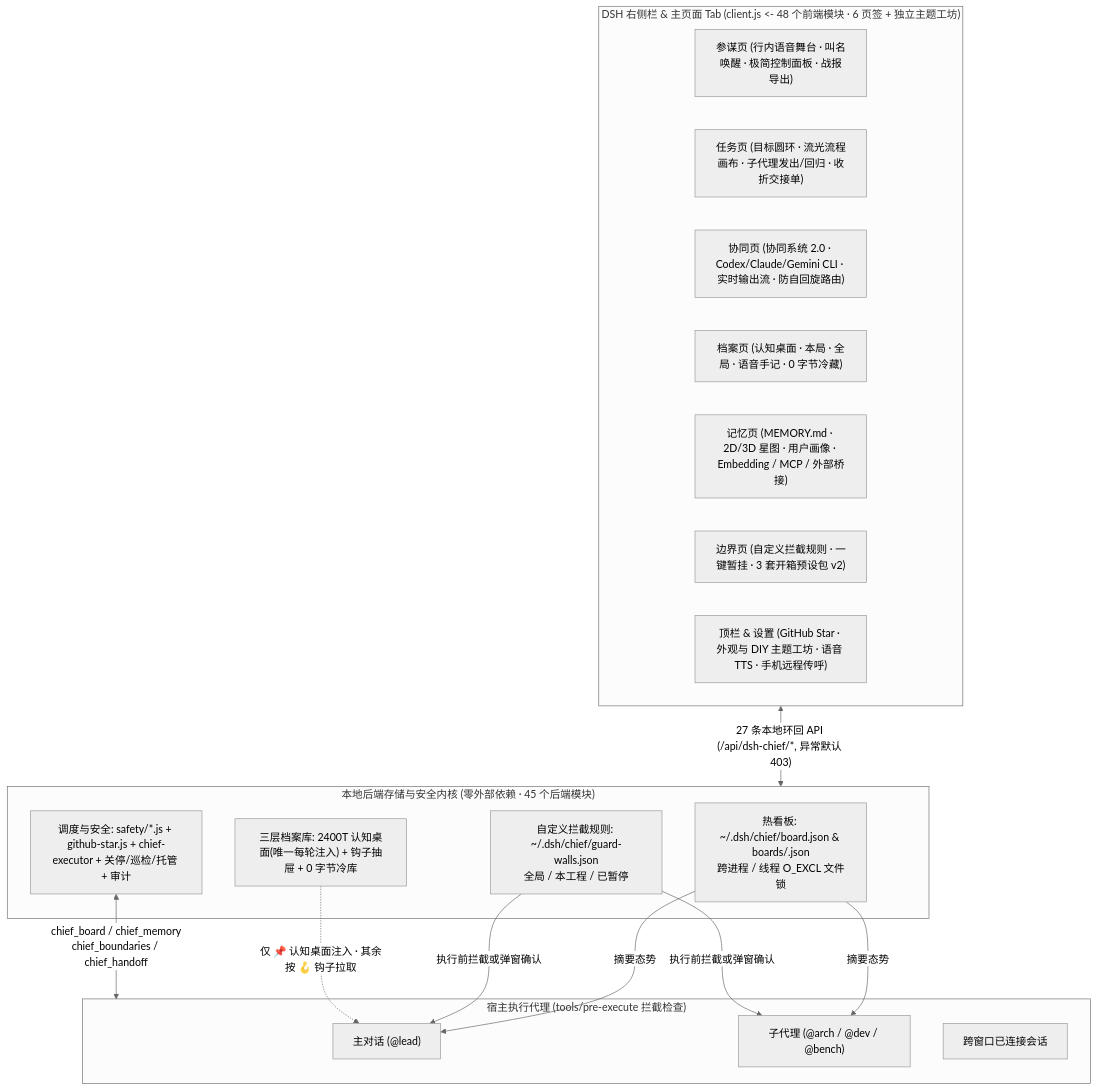
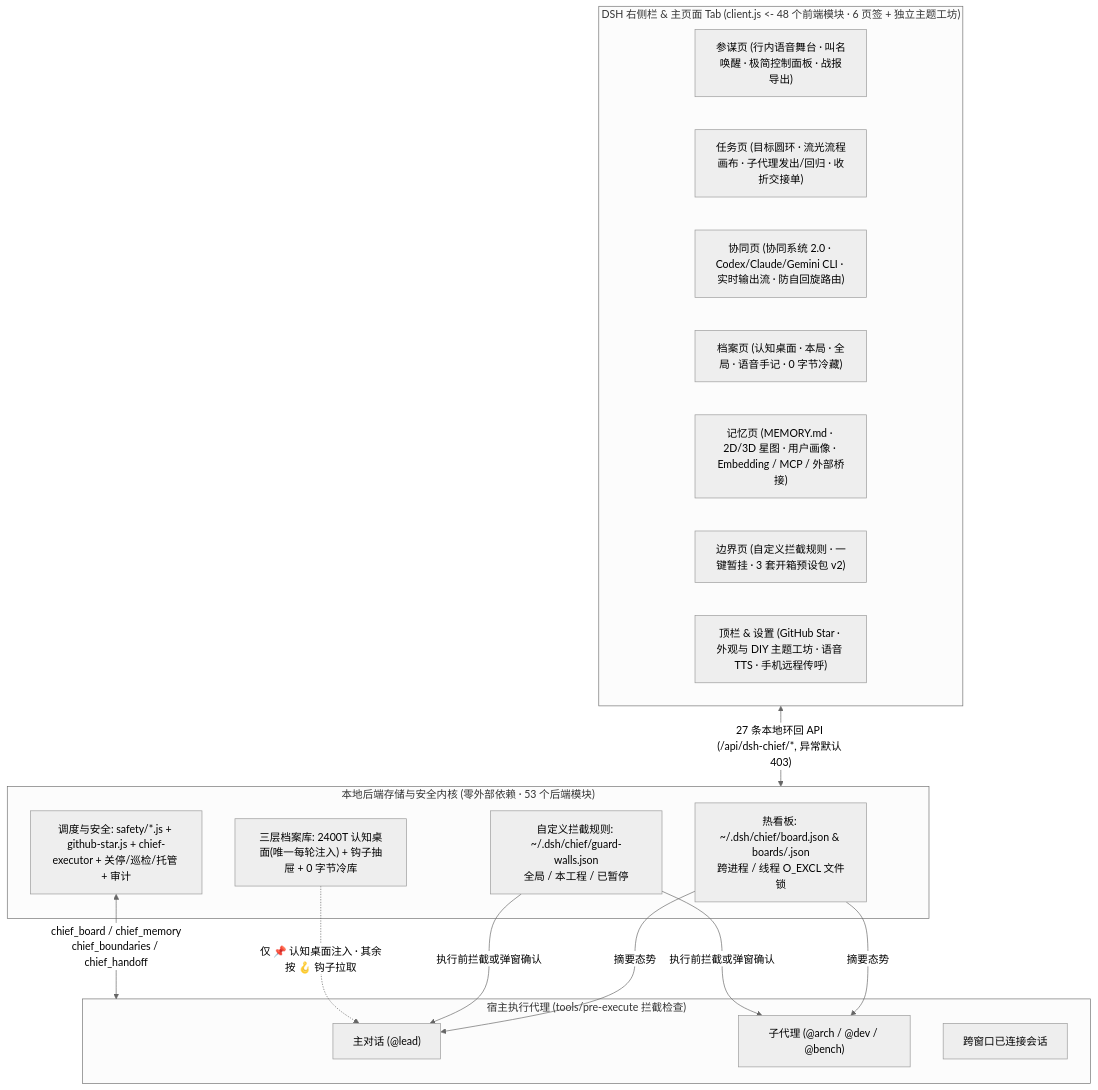
Before and after one commit to gluztm/dsh-chief: the third of 3 diagrams in README.md, drawn with Mermaid (neutral theme). The commit also changed other lines of this file and 17 other files, not shown here.

````diff
--- a/README.md
+++ b/README.md
@@ -400,33 +417,33 @@
 ```mermaid
 flowchart TB
   subgraph UI["DSH 右侧栏 & 主页面 Tab (client.js <- 48 个前端模块 · 6 页签 + 独立主题工坊)"]
     T1["参谋页 (行内语音舞台 · 叫名唤醒 · 极简控制面板 · 战报导出)"]
     T2["任务页 (目标圆环 · 流光流程画布 · 子代理发出/回归 · 收折交接单)"]
     T3["协同页 (协同系统 2.0 · Codex/Claude/Gemini CLI · 实时输出流 · 防自回旋路由)"]
     T5["档案页 (认知桌面 · 本局 · 全局 · 语音手记 · 0 字节冷藏)"]
     T6["记忆页 (MEMORY.md · 2D/3D 星图 · 用户画像 · Embedding / MCP / 外部桥接)"]
     T7["边界页 (自定义拦截规则 · 一键暂挂 · 3 套开箱预设包 v2)"]
     T8["顶栏 & 设置 (GitHub Star · 外观与 DIY 主题工坊 · 语音 TTS · 手机远程传呼)"]
   end
 
-  subgraph Core["本地后端存储与安全内核 (零外部依赖 · 45 个后端模块)"]
+  subgraph Core["本地后端存储与安全内核 (零外部依赖 · 53 个后端模块)"]
     Hot["热看板: ~/.dsh/chief/board.json & boards/<sid>.json\n跨进程 / 线程 O_EXCL 文件锁"]
     Walls["自定义拦截规则: ~/.dsh/chief/guard-walls.json\n全局 / 本工程 / 已暂停"]
     Cold["三层档案库: 2400T 认知桌面(唯一每轮注入) + 钩子抽屉 + 0 字节冷库"]
     Bus["调度与安全: safety/*.js + github-star.js + chief-executor + 关停/巡检/托管 + 审计"]
   end
 
   subgraph Agents["宿主执行代理 (tools/pre-execute 拦截检查)"]
     Lead["主对话 (@lead)"]
     Subs["子代理 (@arch / @dev / @bench)"]
     Peers["跨窗口已连接会话"]
   end
 
   UI <-->|"27 条本地环回 API (/api/dsh-chief/*, 异常默认 403)"| Core
   Hot -->|"摘要态势"| Lead
   Hot -->|"摘要态势"| Subs
   Walls -->|"执行前拦截或弹窗确认"| Lead
   Walls -->|"执行前拦截或弹窗确认"| Subs
   Cold -.->|"仅 📌 认知桌面注入 · 其余按 🪝 钩子拉取"| Lead
   Bus <-->|"chief_board / chief_memory\nchief_boundaries / chief_handoff"| Agents
 ```
````
